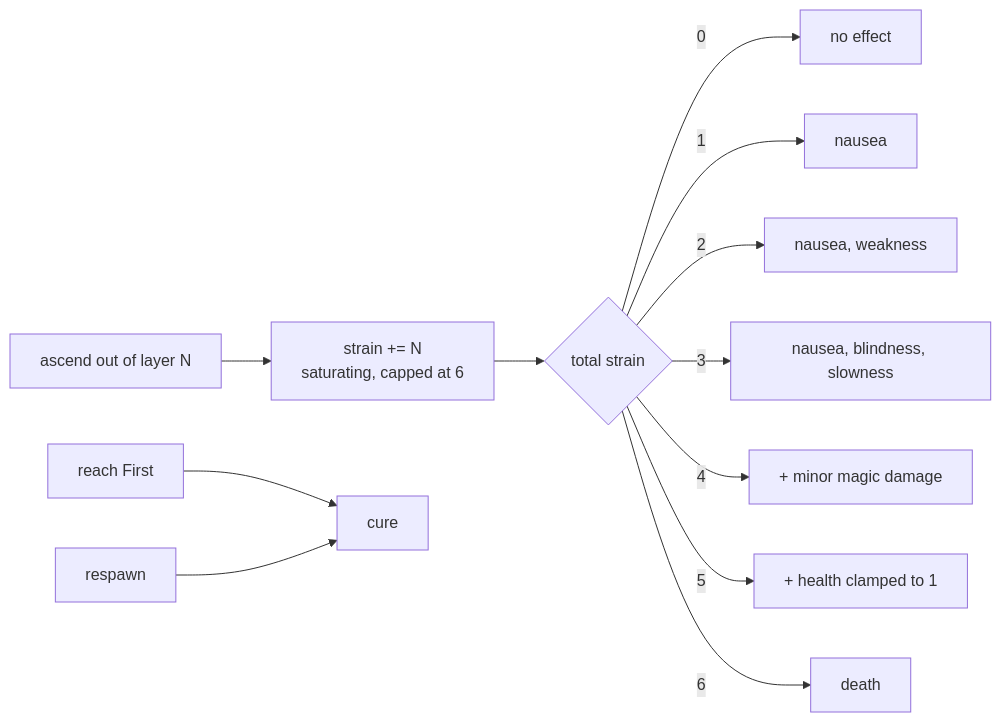
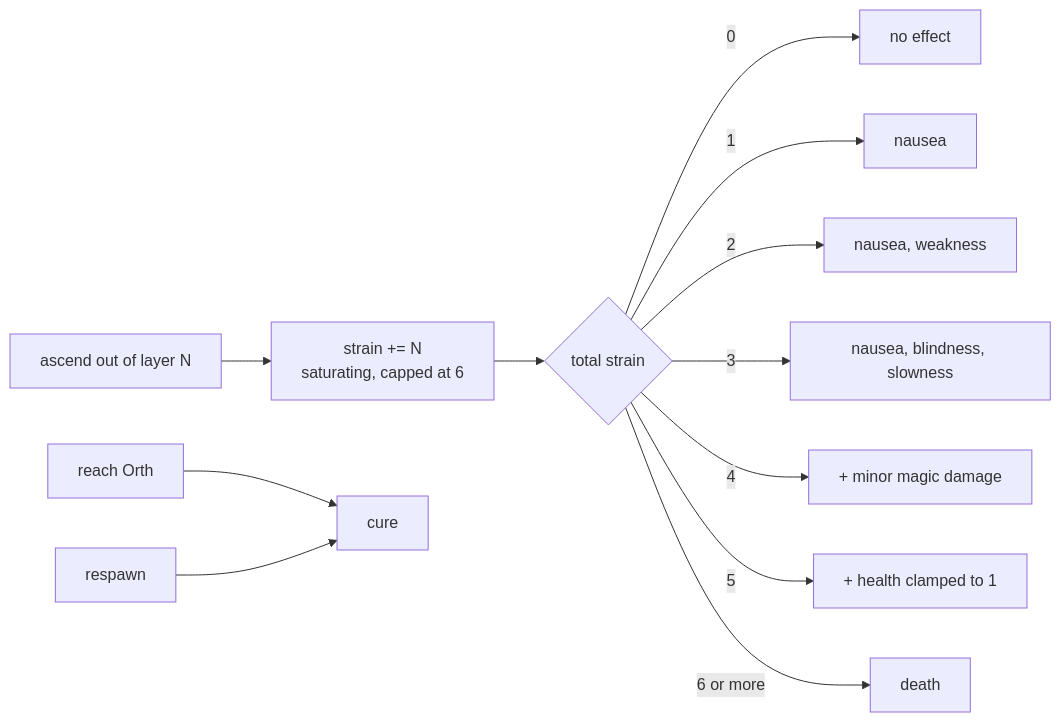
The seventh of 7 diagrams in ARCHITECTURE.md (XodiumSoftware/mine-in-abyss), drawn with Mermaid before and after one commit. The commit also changed other lines of this file and 3 other files, not shown here.

First line of the commit message:
docs: state the curse death tier as "6 or more", not exactly 6

````diff
--- a/ARCHITECTURE.md
+++ b/ARCHITECTURE.md
@@ -320,14 +320,14 @@
 ```mermaid
 graph LR
     A["ascend out of layer N"] --> B["strain += N<br/>saturating, capped at 6"]
     B --> C{"total strain"}
     C -->|0| D["no effect"]
     C -->|1| E["nausea"]
     C -->|2| F["nausea, weakness"]
     C -->|3| G["nausea, blindness, slowness"]
     C -->|4| H["+ minor magic damage"]
     C -->|5| I["+ health clamped to 1"]
-    C -->|6| J["death"]
-    K["reach First"] --> L["cure"]
+    C -->|6 or more| J["death"]
+    K["reach Orth"] --> L["cure"]
     M["respawn"] --> L
 ```
````
